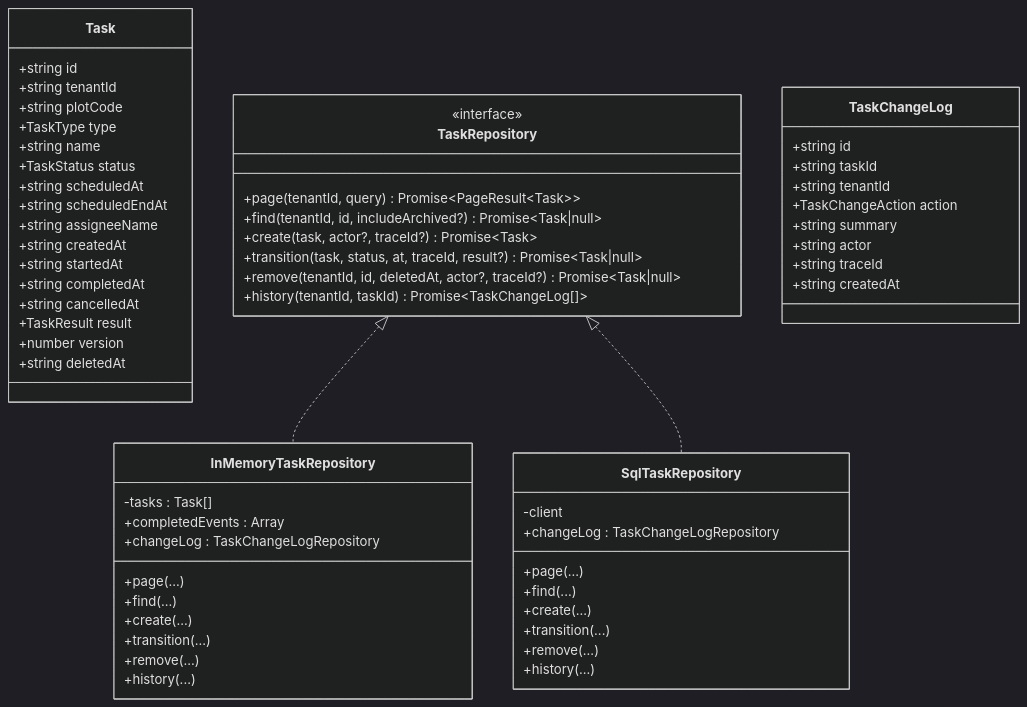
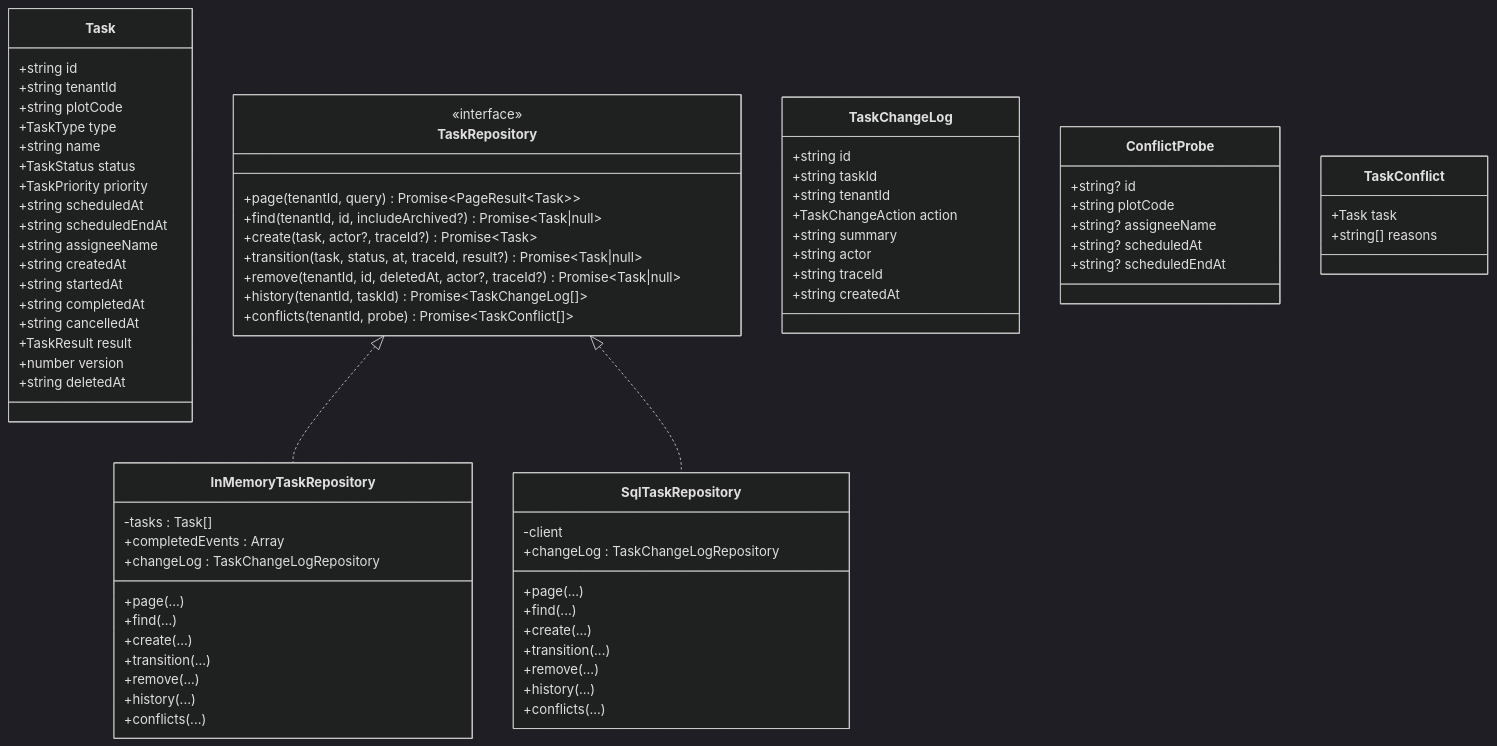
One commit to q446328246/agri-platform changed the fourth of 11 diagrams in .qoder/repowiki/zh/content/核心服务文档/作业服务.md. Above: the diagram before and after it, drawn with Mermaid (dark theme). The commit also changed other lines of this file and 6 other files, not shown here.

````diff
--- a/.qoder/repowiki/zh/content/核心服务文档/作业服务.md
+++ b/.qoder/repowiki/zh/content/核心服务文档/作业服务.md
@@ -225,63 +243,78 @@
 ```mermaid
 classDiagram
 class Task {
 +string id
 +string tenantId
 +string plotCode
 +TaskType type
 +string name
 +TaskStatus status
++TaskPriority priority
 +string scheduledAt
 +string scheduledEndAt
 +string assigneeName
 +string createdAt
 +string startedAt
 +string completedAt
 +string cancelledAt
 +TaskResult result
 +number version
 +string deletedAt
 }
 class TaskRepository {
 <<interface>>
 +page(tenantId, query) Promise~PageResult~Task~~
 +find(tenantId, id, includeArchived?) Promise~Task|null~
 +create(task, actor?, traceId?) Promise~Task~
 +transition(task, status, at, traceId, result?) Promise~Task|null~
 +remove(tenantId, id, deletedAt, actor?, traceId?) Promise~Task|null~
 +history(tenantId, taskId) Promise~TaskChangeLog[]~
++conflicts(tenantId, probe) Promise~TaskConflict[]~
 }
 class TaskChangeLog {
 +string id
 +string taskId
 +string tenantId
 +TaskChangeAction action
 +string summary
 +string actor
 +string traceId
 +string createdAt
 }
+class ConflictProbe {
++string? id
++string plotCode
++string? assigneeName
++string? scheduledAt
++string? scheduledEndAt
+}
+class TaskConflict {
++Task task
++string[] reasons
+}
 class InMemoryTaskRepository {
 -tasks : Task[]
 +completedEvents : Array
 +changeLog : TaskChangeLogRepository
 +page(...)
 +find(...)
 +create(...)
 +transition(...)
 +remove(...)
 +history(...)
++conflicts(...)
 }
 class SqlTaskRepository {
 -client
 +changeLog : TaskChangeLogRepository
 +page(...)
 +find(...)
 +create(...)
 +transition(...)
 +remove(...)
 +history(...)
++conflicts(...)
 }
 TaskRepository <|.. InMemoryTaskRepository
 TaskRepository <|.. SqlTaskRepository
 ```
````
